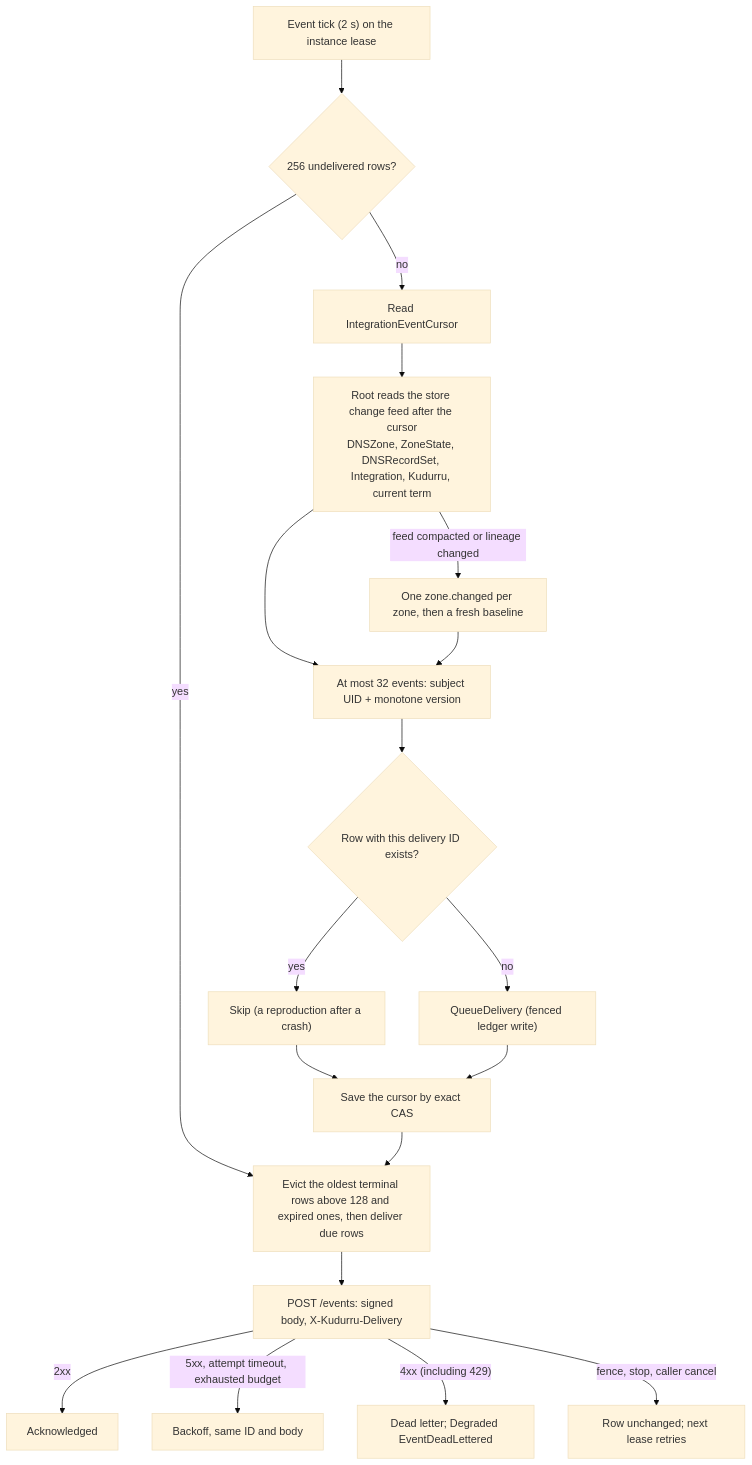
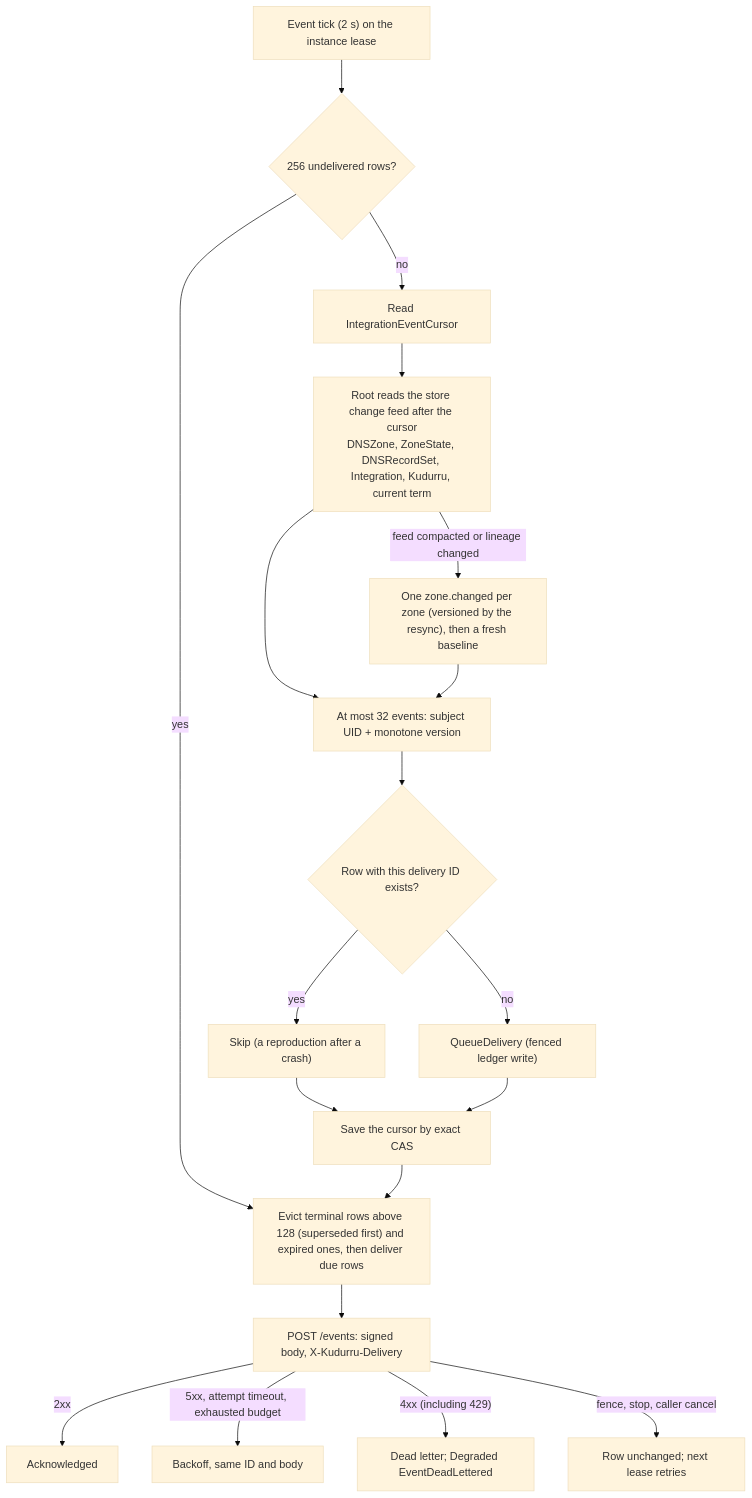
Before and after one commit to robertherbaugh/kudurru: diagram 11 of 12 in docs/architecture/integrations.md, drawn with Mermaid (base theme). The commit also changed other lines of this file and 1 other file, not shown here.

````diff
--- a/docs/architecture/integrations.md
+++ b/docs/architecture/integrations.md
@@ -923,21 +928,21 @@
 ```mermaid
 flowchart TD
     Tick["Event tick (2 s) on the instance lease"] --> Pending{"256 undelivered rows?"}
     Pending -- yes --> Drain
     Pending -- no --> Cursor["Read IntegrationEventCursor"]
     Cursor --> Feed["Root reads the store change feed after the cursor<br/>DNSZone, ZoneState, DNSRecordSet, Integration, Kudurru, current term"]
-    Feed -- "feed compacted or lineage changed" --> Resync["One zone.changed per zone, then a fresh baseline"]
+    Feed -- "feed compacted or lineage changed" --> Resync["One zone.changed per zone (versioned by the resync), then a fresh baseline"]
     Feed --> Map["At most 32 events: subject UID + monotone version"]
     Resync --> Map
     Map --> Known{"Row with this delivery ID exists?"}
     Known -- yes --> Skip["Skip (a reproduction after a crash)"]
     Known -- no --> Queue["QueueDelivery (fenced ledger write)"]
     Skip --> Save["Save the cursor by exact CAS"]
     Queue --> Save
-    Save --> Drain["Evict the oldest terminal rows above 128 and expired ones, then deliver due rows"]
+    Save --> Drain["Evict terminal rows above 128 (superseded first) and expired ones, then deliver due rows"]
     Drain --> Post["POST /events: signed body, X-Kudurru-Delivery"]
     Post -- 2xx --> Ack["Acknowledged"]
     Post -- "5xx, attempt timeout, exhausted budget" --> Retry["Backoff, same ID and body"]
     Post -- "4xx (including 429)" --> Dead["Dead letter; Degraded EventDeadLettered"]
     Post -- "fence, stop, caller cancel" --> Keep["Row unchanged; next lease retries"]
 ```
````
